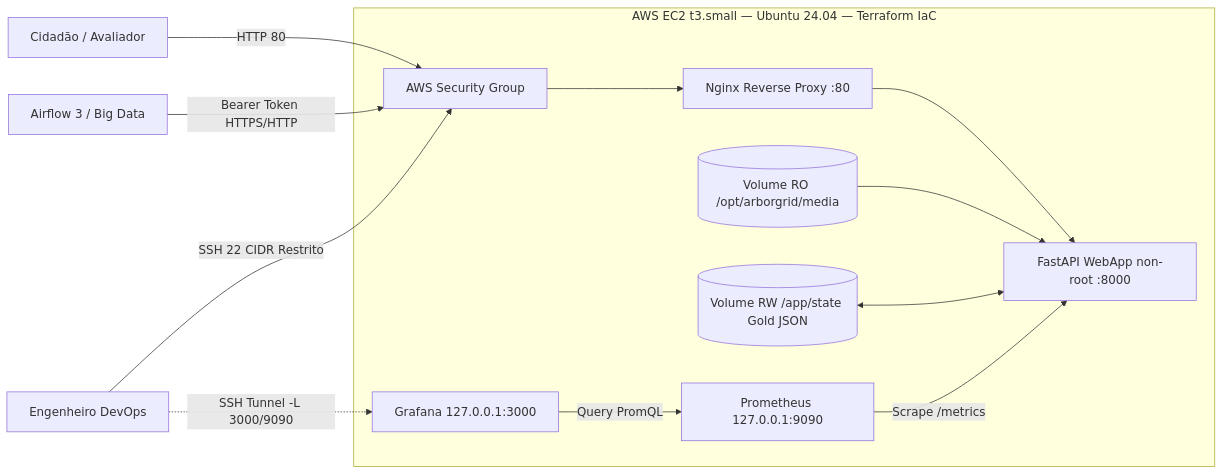
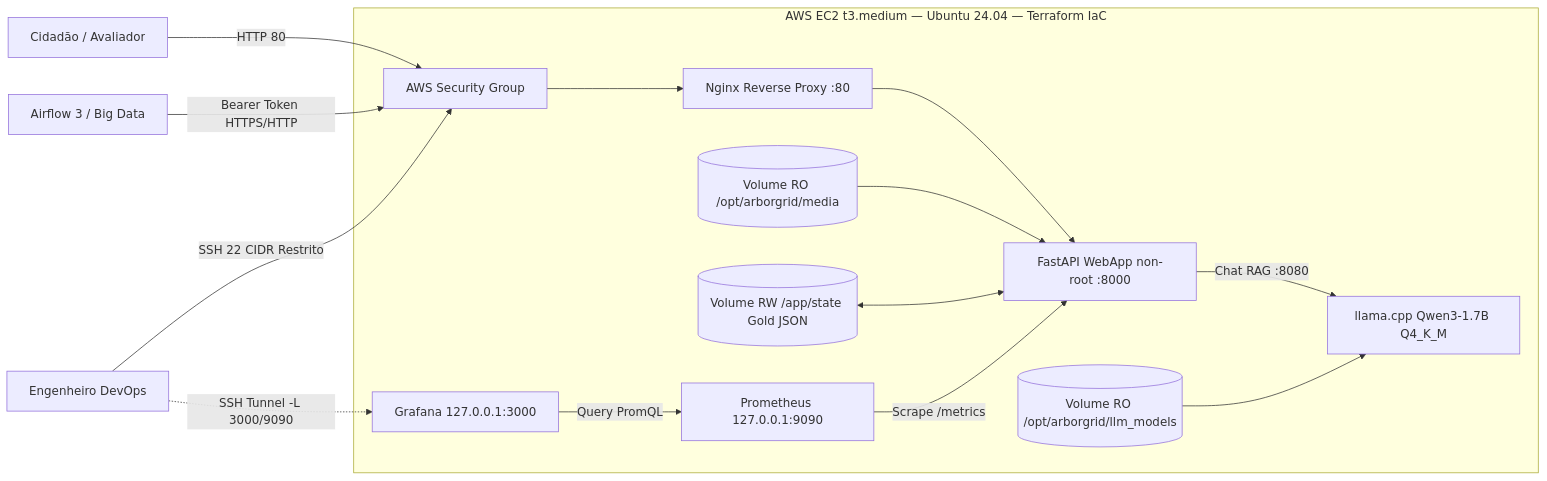
One commit to LM2124/Fiap-2026-GS2-CitizenTech-Projeto-Arborgrid changed the diagram in infra/ARQUITETURA_CLOUD_DEVSECOPS.md. Above: the diagram before and after it, drawn with Mermaid. The commit also changed other lines of this file and 14 other files, not shown here.

````diff
--- a/infra/ARQUITETURA_CLOUD_DEVSECOPS.md
+++ b/infra/ARQUITETURA_CLOUD_DEVSECOPS.md
@@ -9,17 +9,19 @@
 ```mermaid
 flowchart LR
     User[Cidadão / Avaliador] -->|HTTP 80| SG[AWS Security Group]
     Airflow[Airflow 3 / Big Data] -->|Bearer Token HTTPS/HTTP| SG
     Admin[Engenheiro DevOps] -->|SSH 22 CIDR Restrito| SG
 
-    subgraph EC2[AWS EC2 t3.small — Ubuntu 24.04 — Terraform IaC]
+    subgraph EC2[AWS EC2 t3.medium — Ubuntu 24.04 — Terraform IaC]
         SG --> Nginx[Nginx Reverse Proxy :80]
         Nginx --> App[FastAPI WebApp non-root :8000]
+        App -->|Chat RAG :8080| Llama[llama.cpp Qwen3-1.7B Q4_K_M]
         Media[(Volume RO /opt/arborgrid/media)] --> App
+        LLMModel[(Volume RO /opt/arborgrid/llm_models)] --> Llama
         State[(Volume RW /app/state Gold JSON)] <--> App
         Prom[Prometheus 127.0.0.1:9090] -->|Scrape /metrics| App
         Graf[Grafana 127.0.0.1:3000] -->|Query PromQL| Prom
     end
 
     Admin -.->|SSH Tunnel -L 3000/9090| Graf
 ```
````
